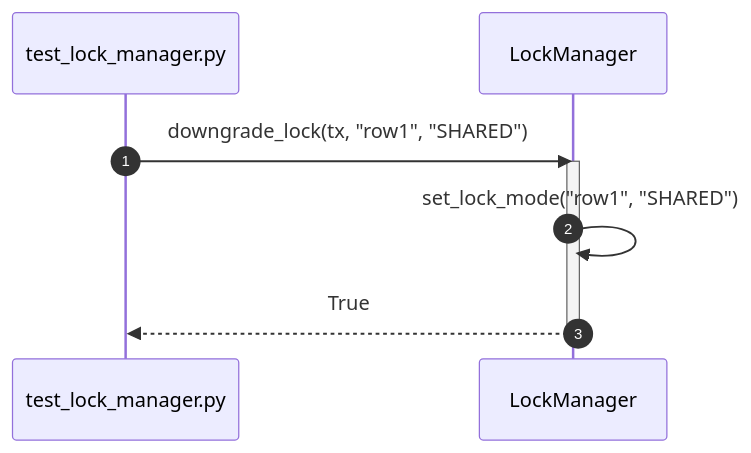
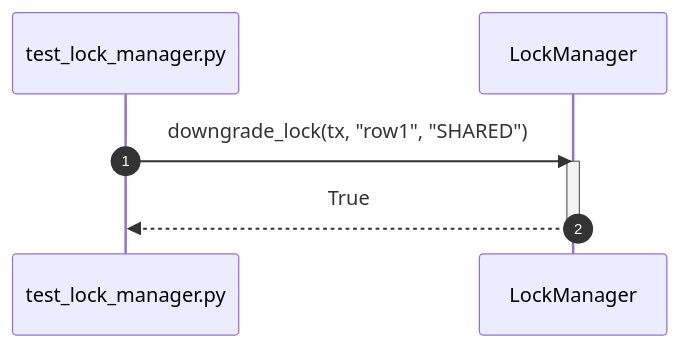
Before and after one commit to taitran501/DBMS: diagram 20 of 52 in diagrams/sequence/transaction.md, drawn with Mermaid. The commit also changed other lines of this file and 6 other files, not shown here.

````diff
--- a/diagrams/sequence/transaction.md
+++ b/diagrams/sequence/transaction.md
@@ -302,12 +300,11 @@
 ```mermaid
 sequenceDiagram
     autonumber
     participant Test as test_lock_manager.py
     participant SUT as LockManager
 
     Test->>SUT: downgrade_lock(tx, "row1", "SHARED")
     activate SUT
-    SUT->>SUT: set_lock_mode("row1", "SHARED")
     SUT-->>Test: True
     deactivate SUT
 ```
````
